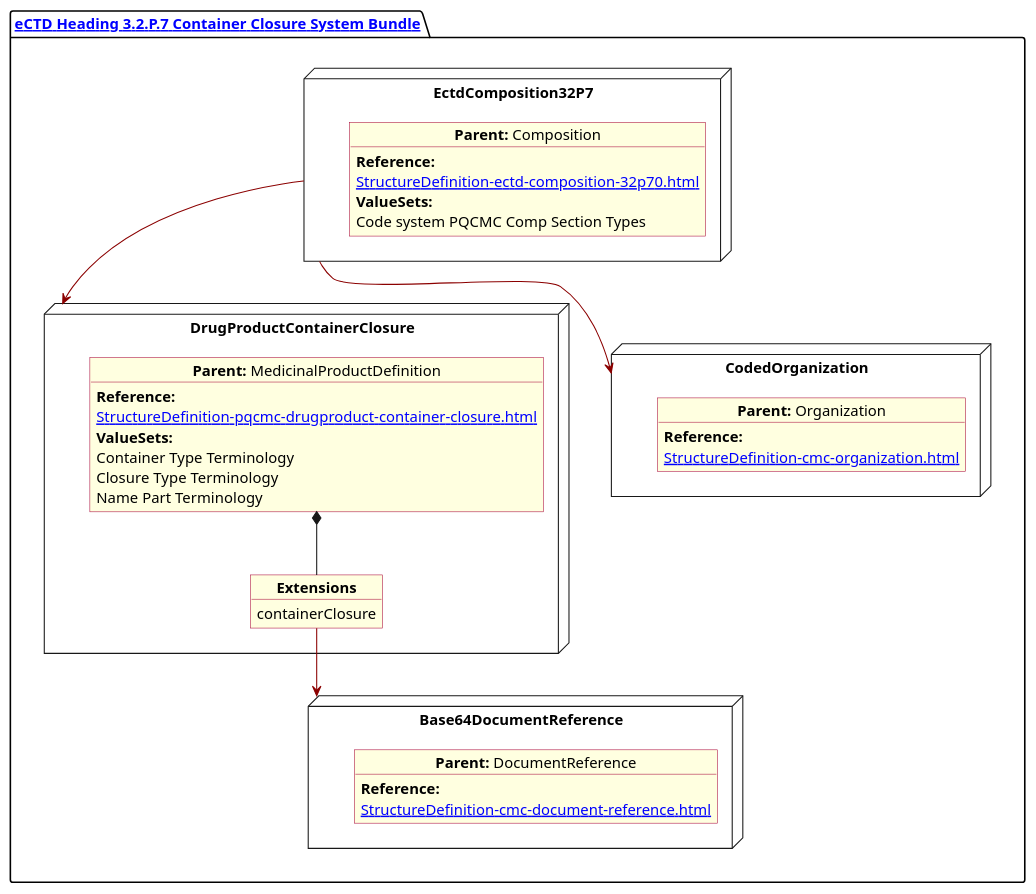
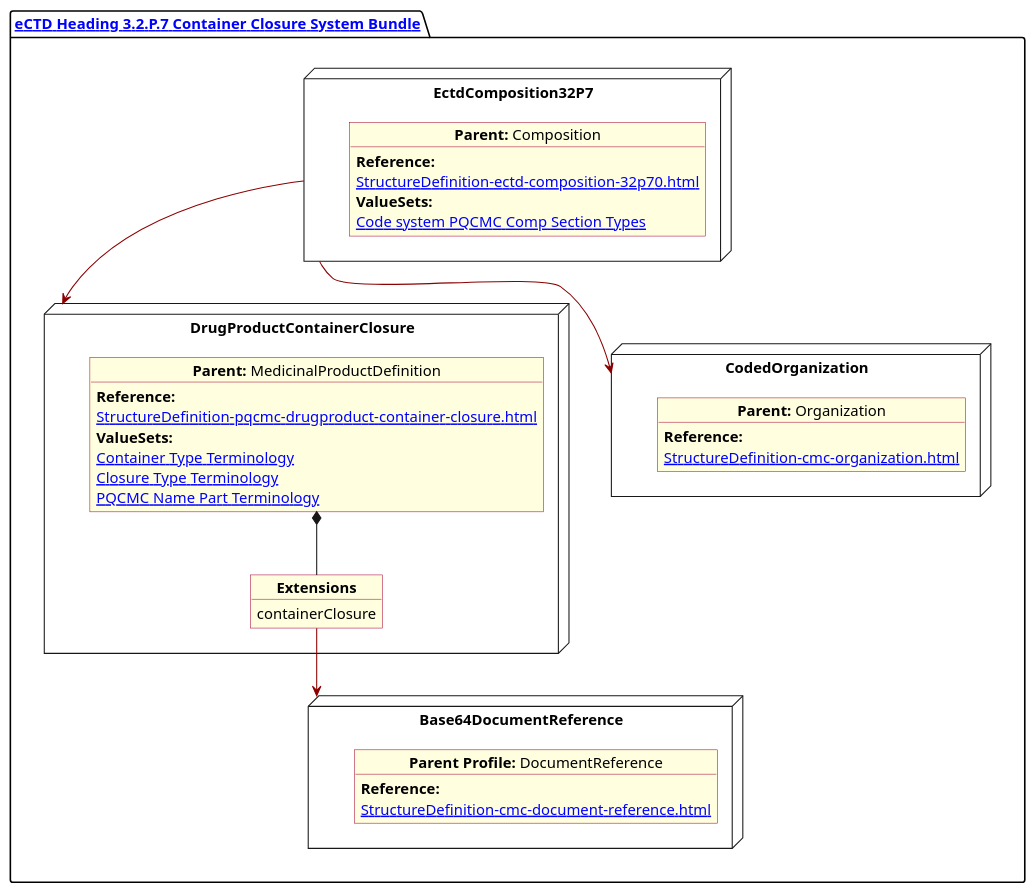
Before and after one commit to HL7/FHIR-us-pq-cmc-fda: the diagram in input/images-source/ContainerClosure.plantuml, drawn with PlantUML. The commit also changed 27 other files, not shown here.

Commit message:
PlantUml updates Misc commnet updates

```diff
--- a/input/images-source/ContainerClosure.plantuml
+++ b/input/images-source/ContainerClosure.plantuml
@@ -1,59 +1,59 @@
 @startuml ContainerClosure
 allowmixing
 'Mixed model of use case and object
 skinparam svgDimensionStyle false
 skinparam ObjectBackgroundColor LightYellow
 skinparam ObjectBorderColor #A80036
 skinparam activityDiamondBorderColor #A80036
 skinparam activityDiamondBackgroundColor lawnGreen
 skinparam ClassBorderThickness 4
 
 package "[[StructureDefinition-cmc-ectd-document-32p70.html eCTD Heading 3.2.P.7 Container Closure System Bundle]]" as NODES {
 
     node "EctdComposition32P7" as N1 {
 
         object "**Parent:** Composition" as obj1 {
             **Reference:**
             [[StructureDefinition-ectd-composition-32p70.html]]
             **ValueSets:**
-            Code system PQCMC Comp Section Types
+            [[ValueSet-cmc-comp-section-types-vs.html Code system PQCMC Comp Section Types]]
         }
 
     }
     node "DrugProductContainerClosure" as N21 {
 
         object "**Parent:** MedicinalProductDefinition" as obj22 {
             **Reference:**
             [[StructureDefinition-pqcmc-drugproduct-container-closure.html]]
             **ValueSets:**
-            Container Type Terminology
-            Closure Type Terminology
-            Name Part Terminology
+            [[ValueSet-pqcmc-container-type-terminology.html Container Type Terminology]]
+            [[ValueSet-pqcmc-closure-type-terminology.html Closure Type Terminology]]
+            [[ValueSet-pqcmc-name-part-terminology.html PQCMC Name Part Terminology]]
         }
         object "**Extensions**" as objEx {
             containerClosure
         }
         obj22 *-- objEx
     }
     node "Base64DocumentReference" as NB64 {
 
-        object "**Parent:** DocumentReference" as obj64 {
+        object "**Parent Profile:** DocumentReference" as obj64 {
 
             **Reference:**
             [[StructureDefinition-cmc-document-reference.html]]
         }
 
     }
     node "CodedOrganization" as NSO {
 
         object "**Parent:** Organization" as objAu {
             **Reference:**
             [[StructureDefinition-cmc-organization.html]]
         }
     }
 }
 
 N1 -[#darkred]-> N21
 N1 -[#darkred]-> NSO
 objEx -[#darkred]-> NB64
 @enduml
```
